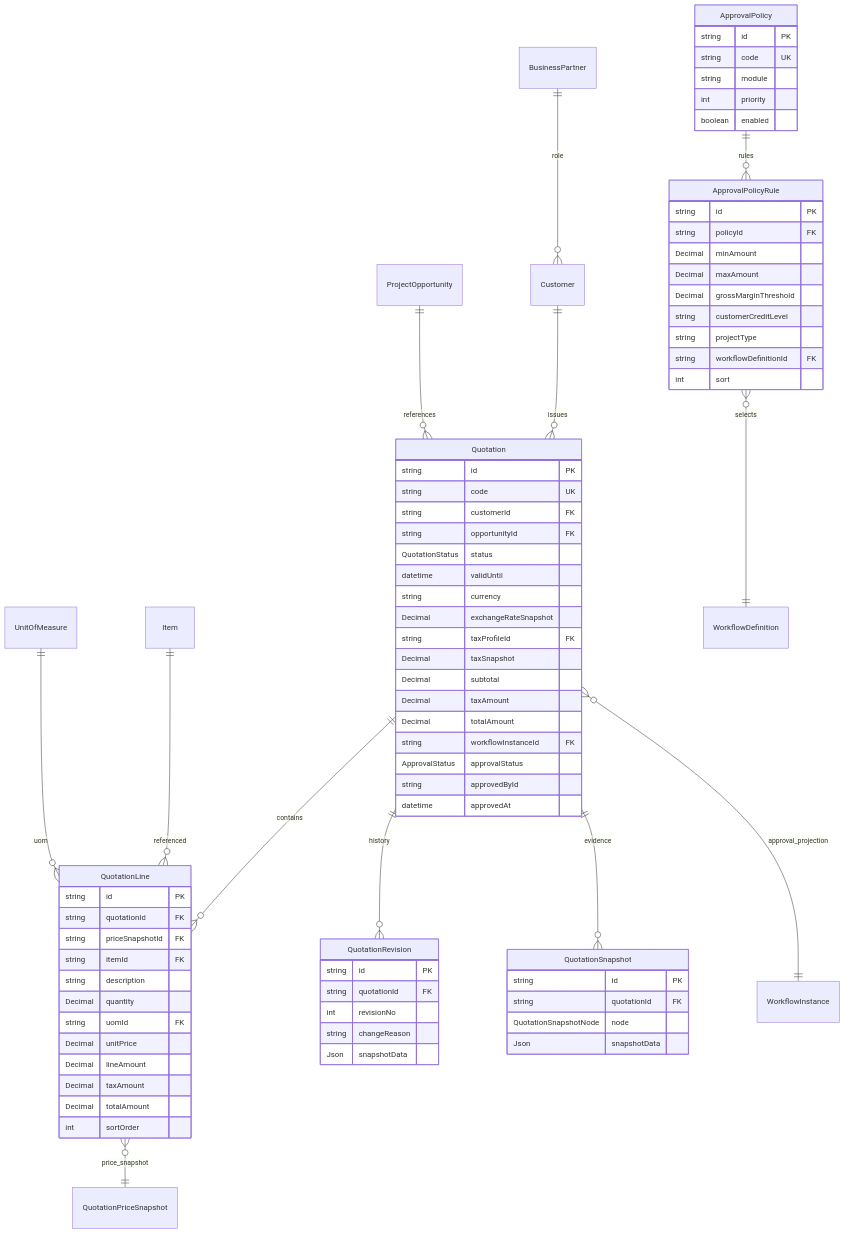
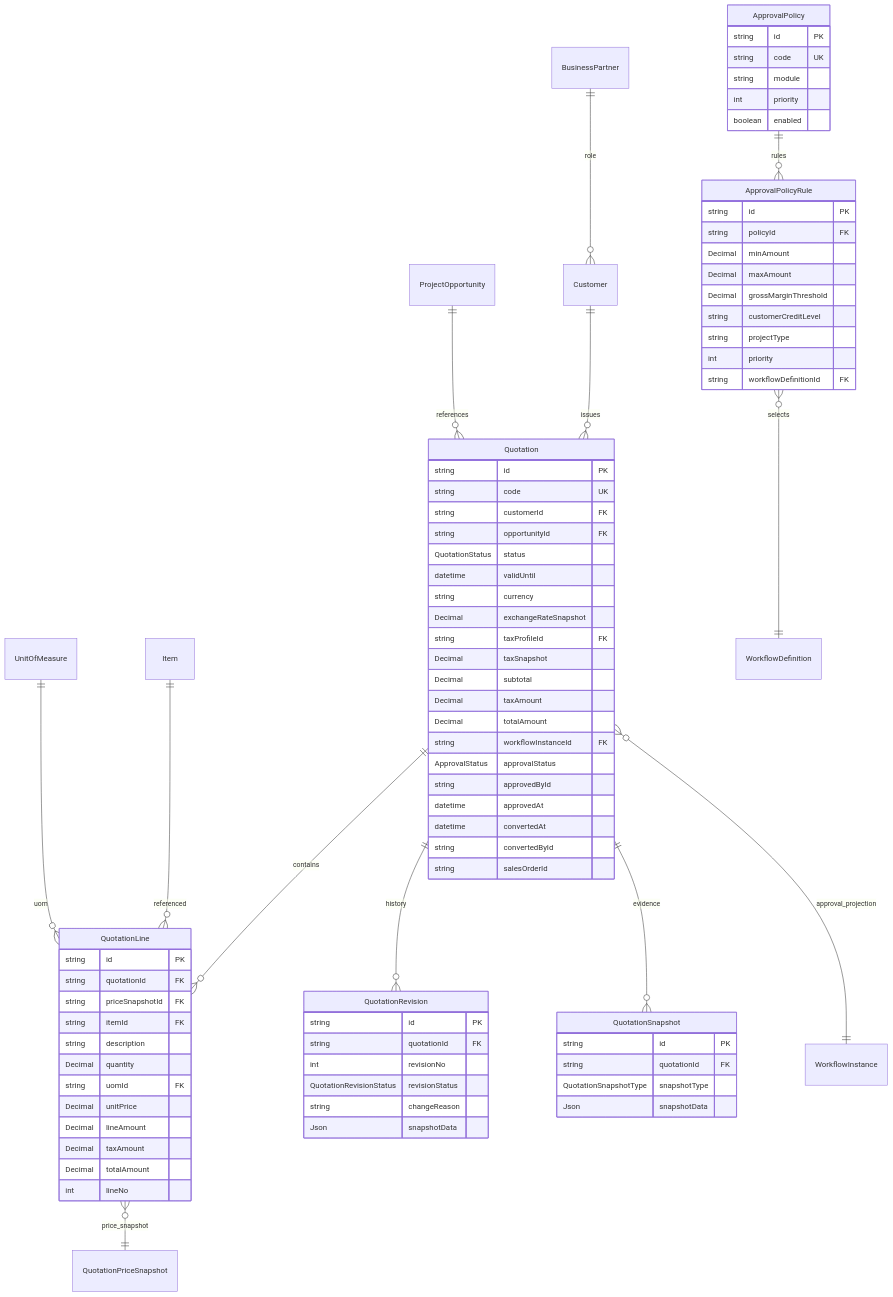
The diagram in docs/SPRINTS/Sprint4A_Quote_Design.md (dlei83590-cyber/Linier-crm), drawn with Mermaid before and after one commit. The commit also changed other lines of this file and 1 other file, not shown here.

````diff
--- a/docs/SPRINTS/Sprint4A_Quote_Design.md
+++ b/docs/SPRINTS/Sprint4A_Quote_Design.md
@@ -277,6 +291,9 @@
         ApprovalStatus approvalStatus
         string approvedById
         datetime approvedAt
+        datetime convertedAt
+        string convertedById
+        string salesOrderId
     }
 
     QuotationLine {
@@ -291,13 +308,14 @@
         Decimal lineAmount
         Decimal taxAmount
         Decimal totalAmount
-        int sortOrder
+        int lineNo
     }
 
     QuotationRevision {
         string id PK
         string quotationId FK
         int revisionNo
+        QuotationRevisionStatus revisionStatus
         string changeReason
         Json snapshotData
     }
@@ -305,7 +323,7 @@
     QuotationSnapshot {
         string id PK
         string quotationId FK
-        QuotationSnapshotNode node
+        QuotationSnapshotType snapshotType
         Json snapshotData
     }
 
@@ -325,7 +343,7 @@
         Decimal grossMarginThreshold
         string customerCreditLevel
         string projectType
+        int priority
         string workflowDefinitionId FK
-        int sort
     }
 ```
````
